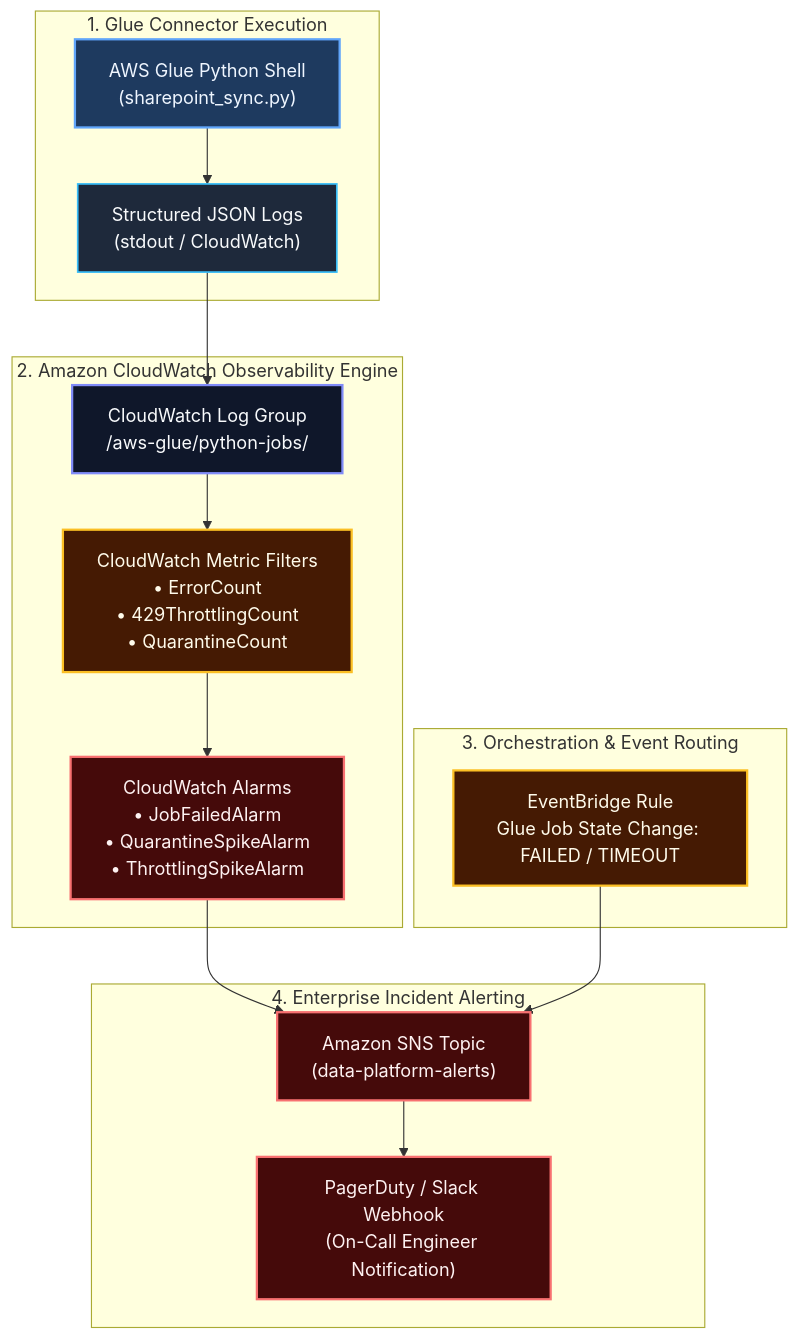
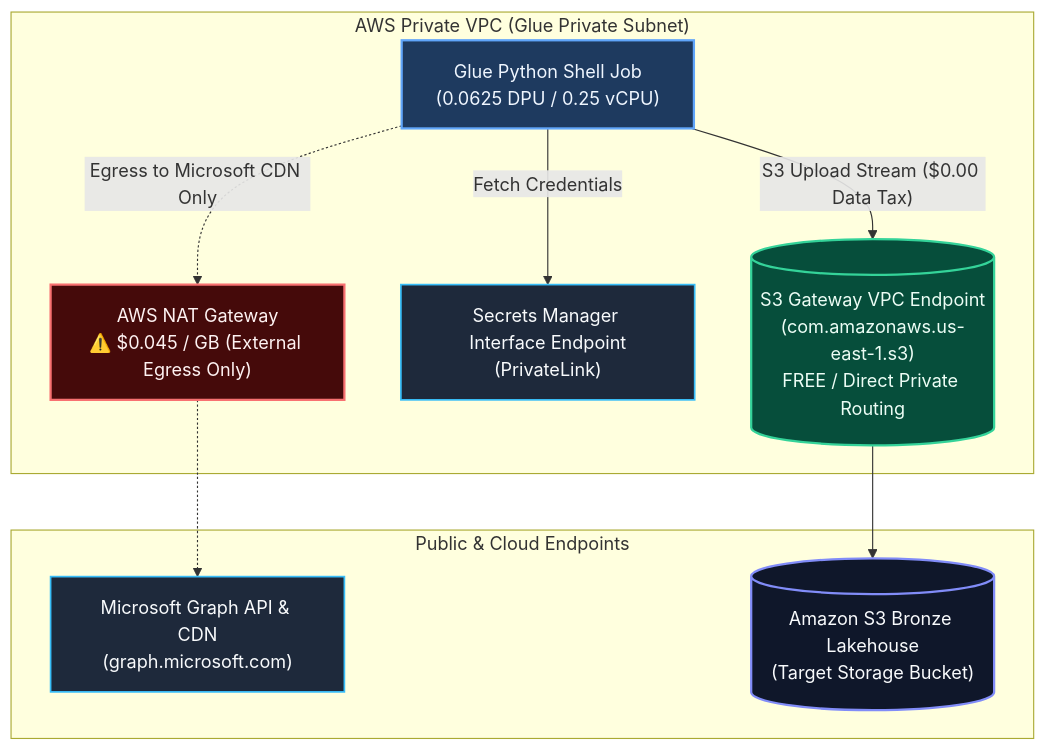
The seventh of 8 diagrams in docs/architecture/glue_connectors/01_sharepoint_connector.md (toanbui626391/data_ai_engineer), drawn with Mermaid before and after one commit. The commit also changed other lines of this file and 3 other files, not shown here.

````diff
--- a/docs/architecture/glue_connectors/01_sharepoint_connector.md
+++ b/docs/architecture/glue_connectors/01_sharepoint_connector.md
@@ -290,39 +813,27 @@
 ```mermaid
 flowchart TD
     %% ── Universal Contrast Palette (Light & Dark Mode Safe) ──
     classDef default fill:#1e293b,stroke:#38bdf8,stroke-width:1.5px,color:#f8fafc;
     classDef brain fill:#1e3a5f,stroke:#60a5fa,stroke-width:2px,color:#eff6ff;
     classDef storage fill:#0f172a,stroke:#818cf8,stroke-width:2px,color:#f8fafc;
-    classDef decision fill:#451a03,stroke:#fbbf24,stroke-width:2px,color:#fffbeb;
     classDef guard fill:#450a0a,stroke:#f87171,stroke-width:2px,color:#fef2f2;
     classDef success fill:#064e3b,stroke:#34d399,stroke-width:2px,color:#ecfdf5;
 
-    subgraph GlueJob ["1. Glue Connector Execution"]
-        Job["AWS Glue Python Shell<br/>(sharepoint_sync.py)"]:::brain
-        Logs["Structured JSON Logs<br/>(stdout / CloudWatch)"]:::default
-        Job --> Logs
+    subgraph VPC ["AWS Private VPC (Glue Private Subnet)"]
+        Glue["Glue Python Shell Job<br/>(0.0625 DPU / 0.25 vCPU)"]:::brain
+        S3Endpoint[("S3 Gateway VPC Endpoint<br/>(com.amazonaws.us-east-1.s3)<br/>FREE / Direct Private Routing")]:::success
+        SM_Endpoint["Secrets Manager Interface Endpoint<br/>(PrivateLink)"]:::default
+        NAT["AWS NAT Gateway<br/>⚠️ $0.045 / GB (External Egress Only)"]:::guard
     end
 
-    subgraph CloudWatch ["2. Amazon CloudWatch Observability Engine"]
-        CWLogs["CloudWatch Log Group<br/>/aws-glue/python-jobs/"]:::storage
-        MetricFilter["CloudWatch Metric Filters<br/>• ErrorCount<br/>• 429ThrottlingCount<br/>• QuarantineCount"]:::decision
-        Alarms["CloudWatch Alarms<br/>• JobFailedAlarm<br/>• QuarantineSpikeAlarm<br/>• ThrottlingSpikeAlarm"]:::guard
-        
-        Logs --> CWLogs
-        CWLogs --> MetricFilter
-        MetricFilter --> Alarms
+    subgraph External ["Public & Cloud Endpoints"]
+        Graph["Microsoft Graph API & CDN<br/>(graph.microsoft.com)"]:::default
+        S3Bucket[("Amazon S3 Bronze Lakehouse<br/>(Target Storage Bucket)")]:::storage
     end
 
-    subgraph EventBridge ["3. Orchestration & Event Routing"]
-        GlueEvents["EventBridge Rule<br/>Glue Job State Change: FAILED / TIMEOUT"]:::decision
-    end
-
-    subgraph Notification ["4. Enterprise Incident Alerting"]
-        SNS["Amazon SNS Topic<br/>(data-platform-alerts)"]:::guard
-        PagerDuty["PagerDuty / Slack Webhook<br/>(On-Call Engineer Notification)"]:::guard
-        
-        Alarms --> SNS
-        GlueEvents --> SNS
-        SNS --> PagerDuty
-    end
+    Glue -->|"S3 Upload Stream ($0.00 Data Tax)"| S3Endpoint
+    S3Endpoint --> S3Bucket
+    Glue -->|"Fetch Credentials"| SM_Endpoint
+    Glue -.->|"Egress to Microsoft CDN Only"| NAT
+    NAT -.-> Graph
 ```
````
